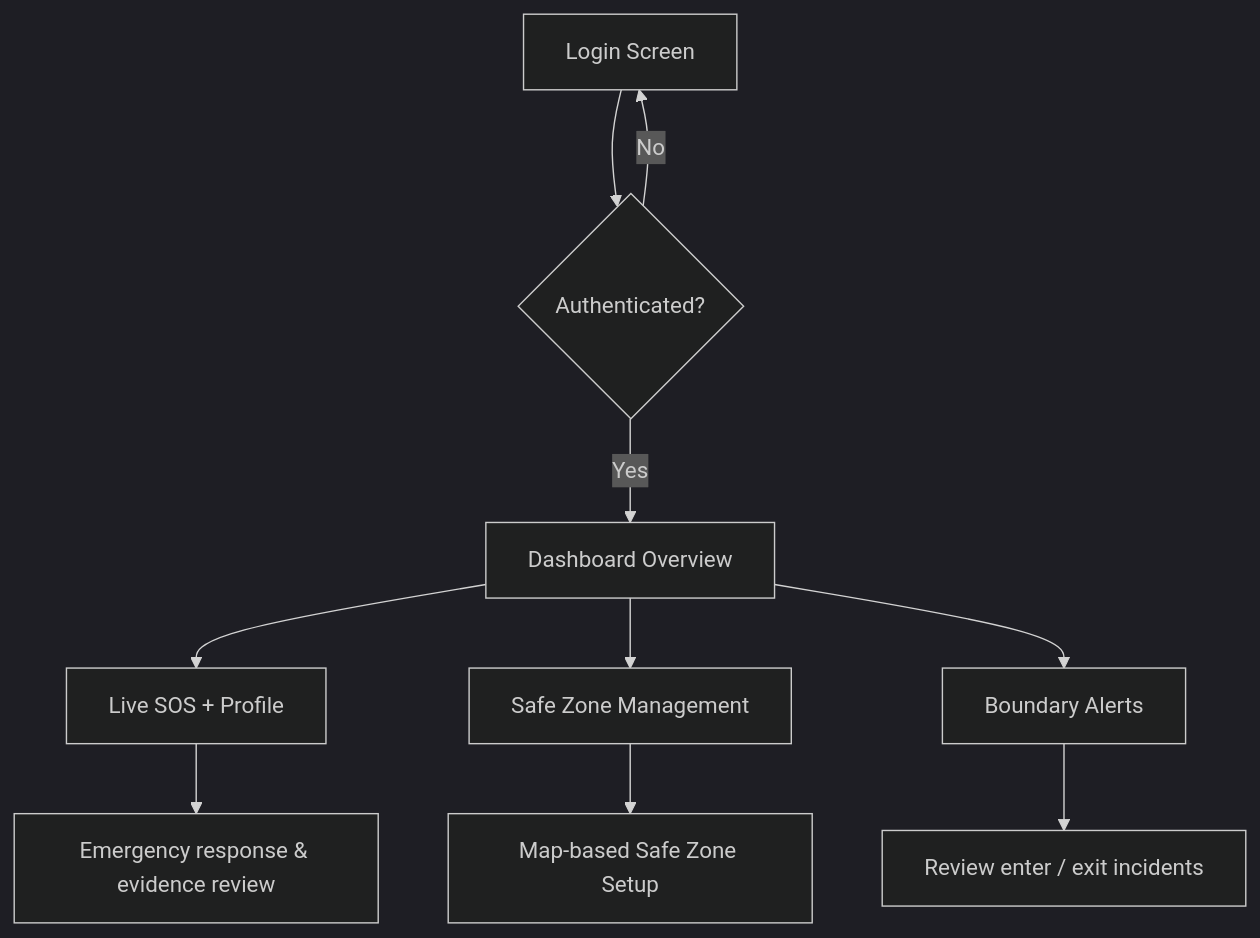
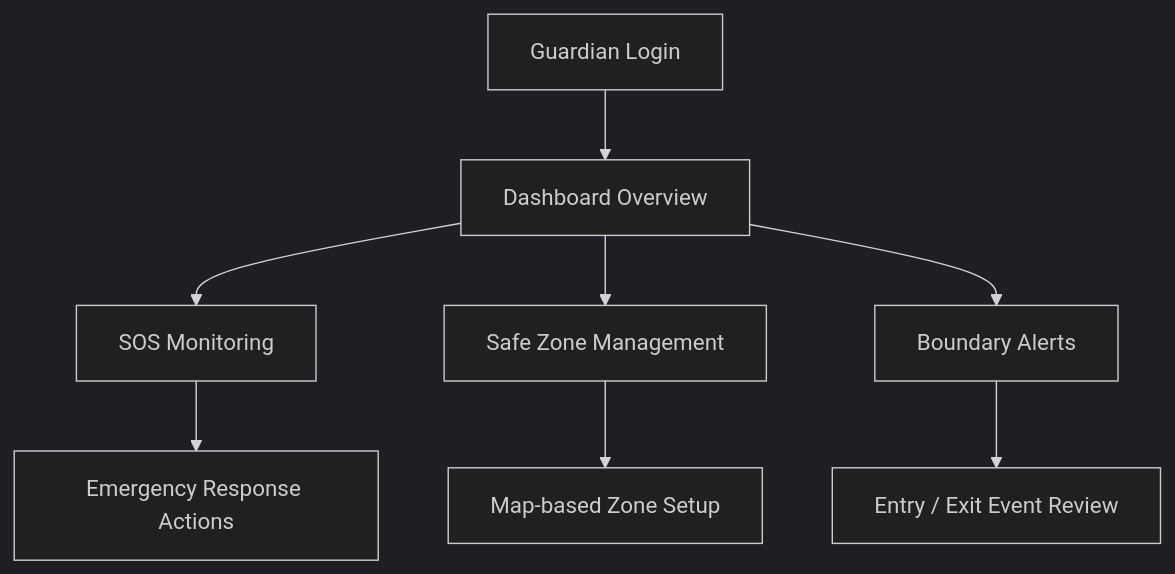
The diagram in README.md (Anshpriv/womenssfteyweb), drawn with Mermaid (dark theme) before and after one commit. The commit also changed other lines of this file, not shown here.

````diff
--- a/README.md
+++ b/README.md
@@ -209,12 +87,10 @@
 ```mermaid
 flowchart TD
-    A[Login Screen] --> B{Authenticated?}
-    B -- No --> A
-    B -- Yes --> C[Dashboard Overview]
-    C --> D[Live SOS + Profile]
-    C --> E[Safe Zone Management]
-    C --> F[Boundary Alerts]
-    E --> G[Map-based Safe Zone Setup]
-    F --> H[Review enter / exit incidents]
-    D --> I[Emergency response & evidence review]
+    A[Guardian Login] --> B[Dashboard Overview]
+    B --> C[SOS Monitoring]
+    B --> D[Safe Zone Management]
+    B --> E[Boundary Alerts]
+    D --> F[Map-based Zone Setup]
+    C --> G[Emergency Response Actions]
+    E --> H[Entry / Exit Event Review]
 ```
````
